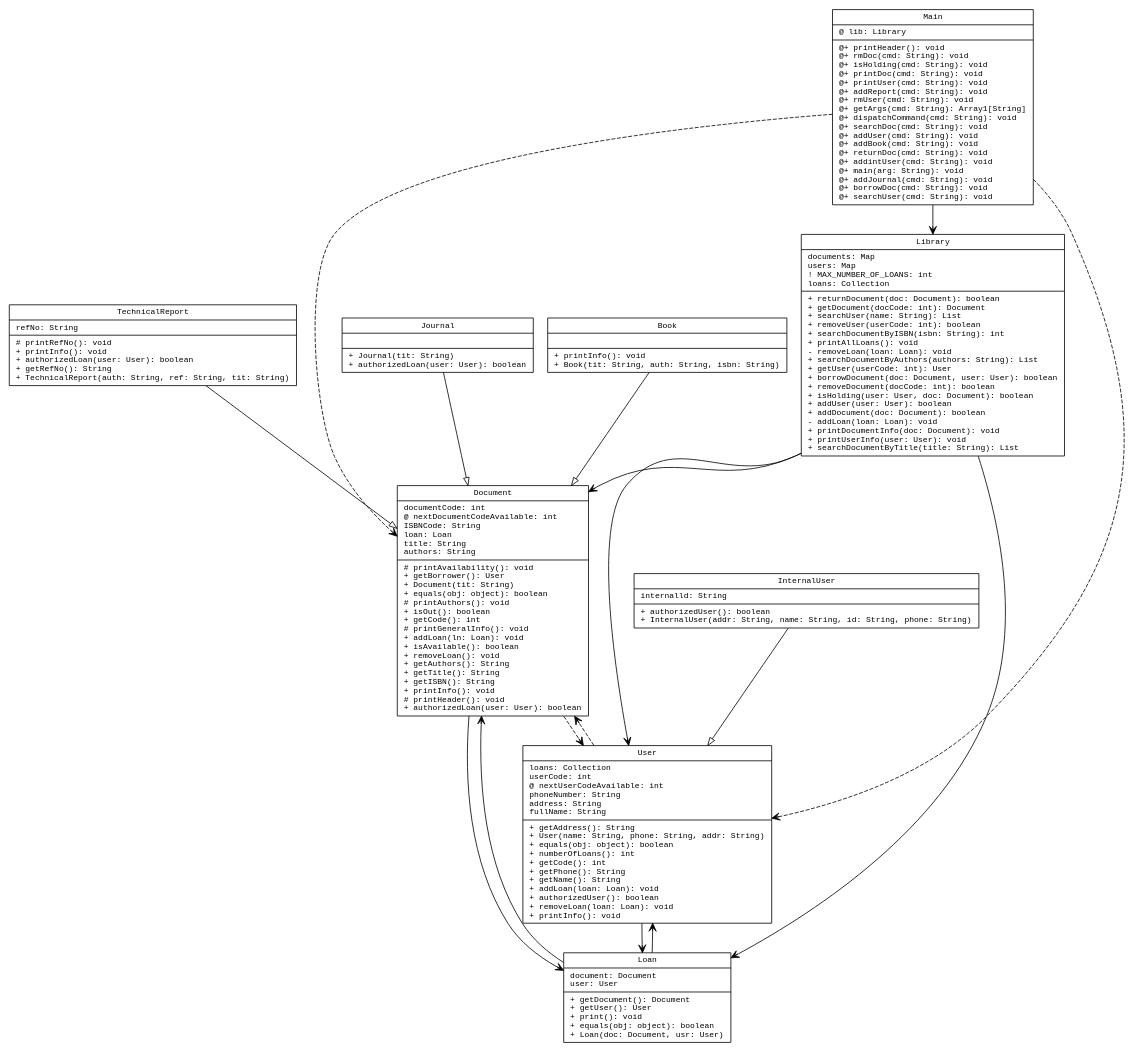
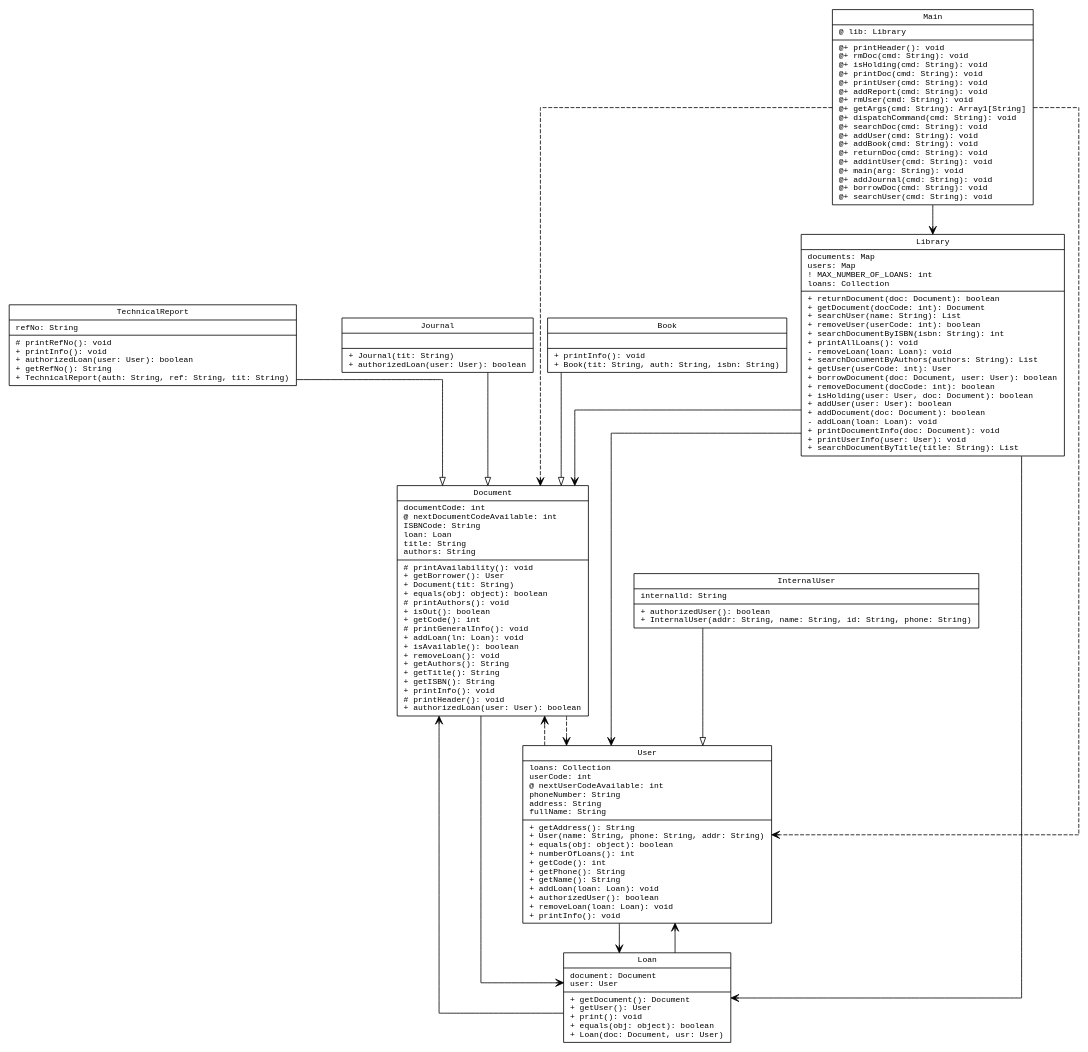
Before and after one commit to RobbertJongeling/SoftwareEvolution: the diagram in assignment2/report/sections/results/eLib.dot, drawn with Graphviz. The commit also changed 2 other files, not shown here.

```diff
--- a/assignment2/report/sections/results/eLib.dot
+++ b/assignment2/report/sections/results/eLib.dot
@@ -1,60 +1,61 @@
 digraph classes{
 fontname = "Courier New"
 fontsize = 10
+splines=ortho;
 node [
 fontname = "Courier New"
 fontsize = 10
 shape = "record"
 ]
 edge [
 fontname = "Courier New"
 fontsize = 10
 ]
 TechnicalReport [
 label = "{TechnicalReport| refNo: String\l|# printRefNo(): void\l+ printInfo(): void\l+ authorizedLoan(user: User): boolean\l+ getRefNo(): String\l+ TechnicalReport(auth: String, ref: String, tit: String)\l}"
 ]
 InternalUser [
 label = "{InternalUser| internalld: String\l|+ authorizedUser(): boolean\l+ InternalUser(addr: String, name: String, id: String, phone: String)\l}"
 ]
 Journal [
 label = "{Journal||+ Journal(tit: String)\l+ authorizedLoan(user: User): boolean\l}"
 ]
 Book [
 label = "{Book||+ printInfo(): void\l+ Book(tit: String, auth: String, isbn: String)\l}"
 ]
 Main [
 label = "{Main|@ lib: Library\l|@+ printHeader(): void\l@+ rmDoc(cmd: String): void\l@+ isHolding(cmd: String): void\l@+ printDoc(cmd: String): void\l@+ printUser(cmd: String): void\l@+ addReport(cmd: String): void\l@+ rmUser(cmd: String): void\l@+ getArgs(cmd: String): Array1[String]\l@+ dispatchCommand(cmd: String): void\l@+ searchDoc(cmd: String): void\l@+ addUser(cmd: String): void\l@+ addBook(cmd: String): void\l@+ returnDoc(cmd: String): void\l@+ addintUser(cmd: String): void\l@+ main(arg: String): void\l@+ addJournal(cmd: String): void\l@+ borrowDoc(cmd: String): void\l@+ searchUser(cmd: String): void\l}"
 ]
 User [
 label = "{User| loans: Collection\l userCode: int\l@ nextUserCodeAvailable: int\l phoneNumber: String\l address: String\l fullName: String\l|+ getAddress(): String\l+ User(name: String, phone: String, addr: String)\l+ equals(obj: object): boolean\l+ numberOfLoans(): int\l+ getCode(): int\l+ getPhone(): String\l+ getName(): String\l+ addLoan(loan: Loan): void\l+ authorizedUser(): boolean\l+ removeLoan(loan: Loan): void\l+ printInfo(): void\l}"
 ]
 Document [
 label = "{Document| documentCode: int\l@ nextDocumentCodeAvailable: int\l ISBNCode: String\l loan: Loan\l title: String\l authors: String\l|# printAvailability(): void\l+ getBorrower(): User\l+ Document(tit: String)\l+ equals(obj: object): boolean\l# printAuthors(): void\l+ isOut(): boolean\l+ getCode(): int\l# printGeneralInfo(): void\l+ addLoan(ln: Loan): void\l+ isAvailable(): boolean\l+ removeLoan(): void\l+ getAuthors(): String\l+ getTitle(): String\l+ getISBN(): String\l+ printInfo(): void\l# printHeader(): void\l+ authorizedLoan(user: User): boolean\l}"
 ]
 Library [
 label = "{Library| documents: Map\l users: Map\l! MAX_NUMBER_OF_LOANS: int\l loans: Collection\l|+ returnDocument(doc: Document): boolean\l+ getDocument(docCode: int): Document\l+ searchUser(name: String): List\l+ removeUser(userCode: int): boolean\l+ searchDocumentByISBN(isbn: String): int\l+ printAllLoans(): void\l- removeLoan(loan: Loan): void\l+ searchDocumentByAuthors(authors: String): List\l+ getUser(userCode: int): User\l+ borrowDocument(doc: Document, user: User): boolean\l+ removeDocument(docCode: int): boolean\l+ isHolding(user: User, doc: Document): boolean\l+ addUser(user: User): boolean\l+ addDocument(doc: Document): boolean\l- addLoan(loan: Loan): void\l+ printDocumentInfo(doc: Document): void\l+ printUserInfo(user: User): void\l+ searchDocumentByTitle(title: String): List\l}"
 ]
 Loan [
 label = "{Loan| document: Document\l user: User\l|+ getDocument(): Document\l+ getUser(): User\l+ print(): void\l+ equals(obj: object): boolean\l+ Loan(doc: Document, usr: User)\l}"
 ]
 edge[arrowhead = "empty"; style = "dashed"]
 edge[arrowhead = "empty"; style= "solid"]
 Book -> Document;
 Journal -> Document;
 TechnicalReport -> Document;
 InternalUser -> User;
 edge[arrowhead = "open"; style = "solid"]
 Library -> Loan;
 Main -> Library;
 Document -> Loan;
 Library -> User;
 User -> Loan;
 Loan -> User;
 Loan -> Document;
 Library -> Document;
 edge[arrowhead = "open"; style = "dashed"]
 Document -> User;
 Main -> Document;
 Main -> User;
 User -> Document;
 }
```
